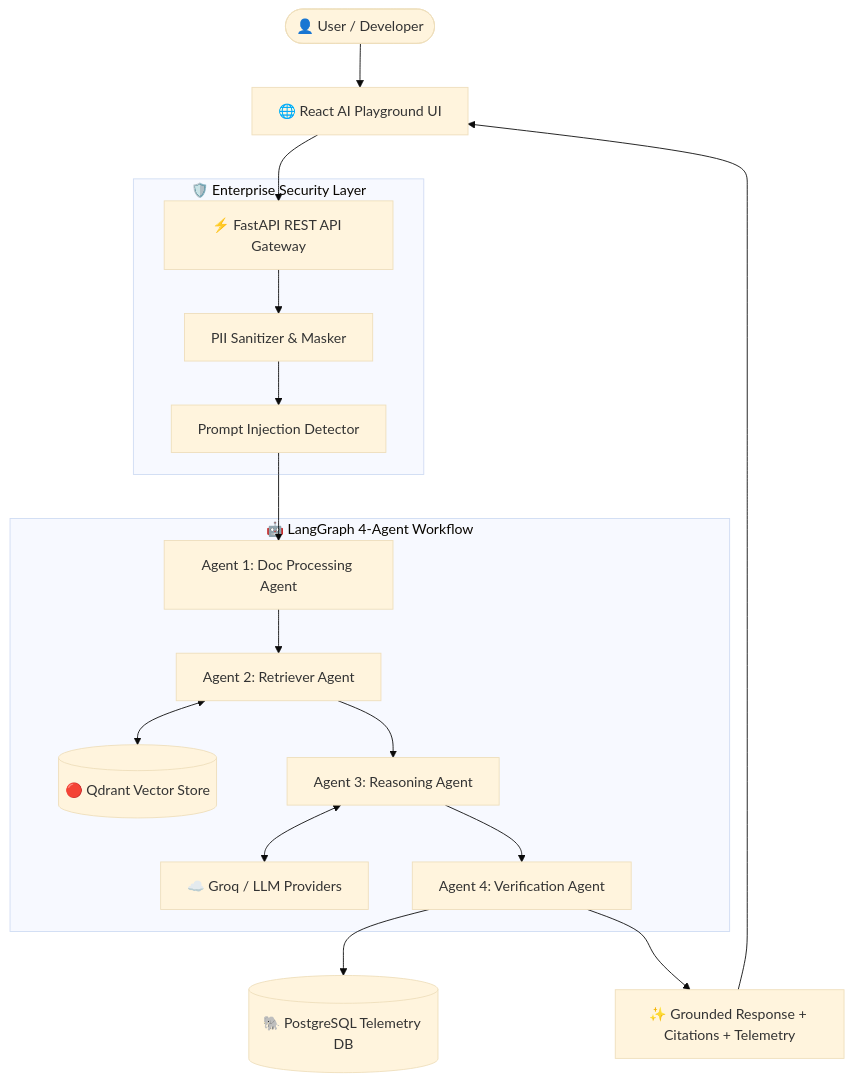
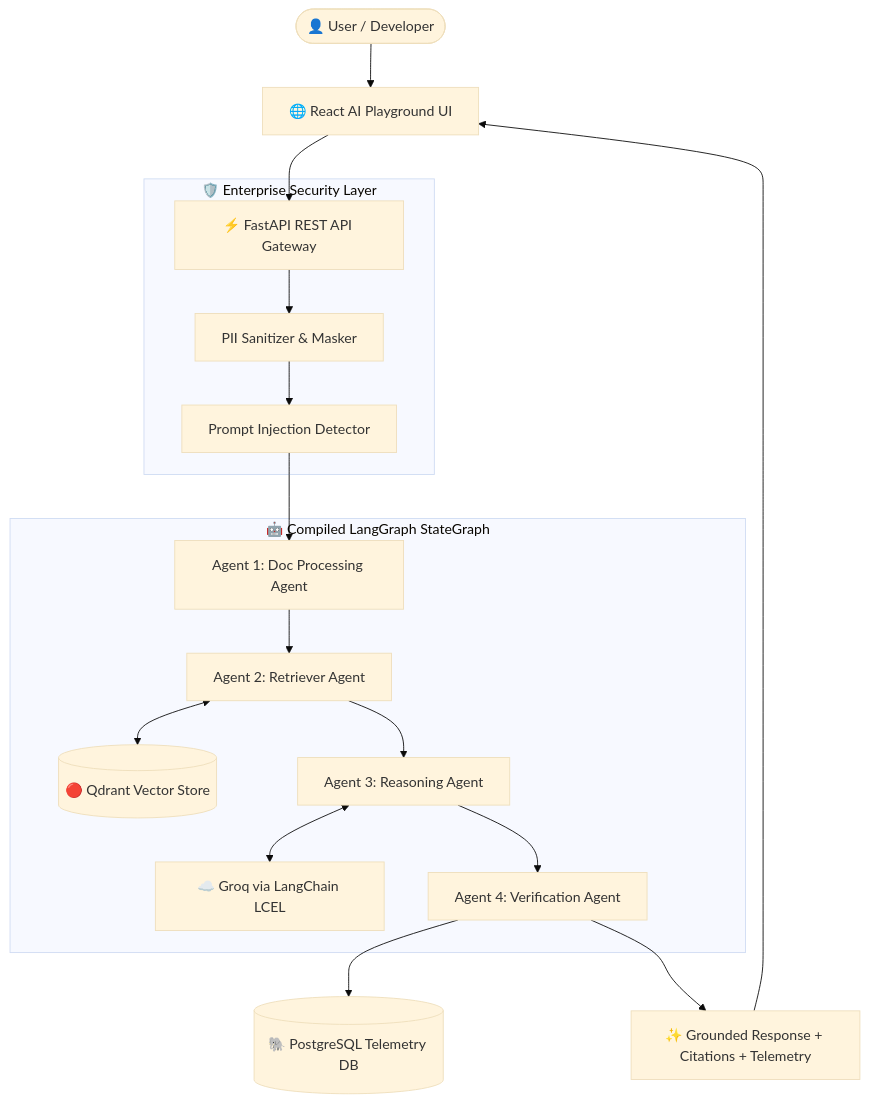
Before and after one commit to i-abhishek-04/langchain-enterprise-ai-platform: the diagram in README.md, drawn with Mermaid (base theme). The commit also changed other lines of this file and 20 other files, not shown here.

````diff
--- a/README.md
+++ b/README.md
@@ -58,23 +60,23 @@
 ```mermaid
 flowchart TD
     User([👤 User / Developer]) --> UI[🌐 React AI Playground UI]
     UI --> REST[⚡ FastAPI REST API Gateway]
     
     subgraph Guardrails ["🛡️ Enterprise Security Layer"]
         REST --> G1[PII Sanitizer & Masker]
         G1 --> G2[Prompt Injection Detector]
     end
 
-    subgraph LangGraph ["🤖 LangGraph 4-Agent Workflow"]
+    subgraph LangGraph ["🤖 Compiled LangGraph StateGraph"]
         G2 --> A1[Agent 1: Doc Processing Agent]
         A1 --> A2[Agent 2: Retriever Agent]
         A2 <--> Qdrant[(🔴 Qdrant Vector Store)]
         A2 --> A3[Agent 3: Reasoning Agent]
-        A3 <--> Groq[☁️ Groq / LLM Providers]
+        A3 <--> Groq[☁️ Groq via LangChain LCEL]
         A3 --> A4[Agent 4: Verification Agent]
     end
 
     A4 --> Audit[(🐘 PostgreSQL Telemetry DB)]
     A4 --> Response[✨ Grounded Response + Citations + Telemetry]
     Response --> UI
 ```
````
